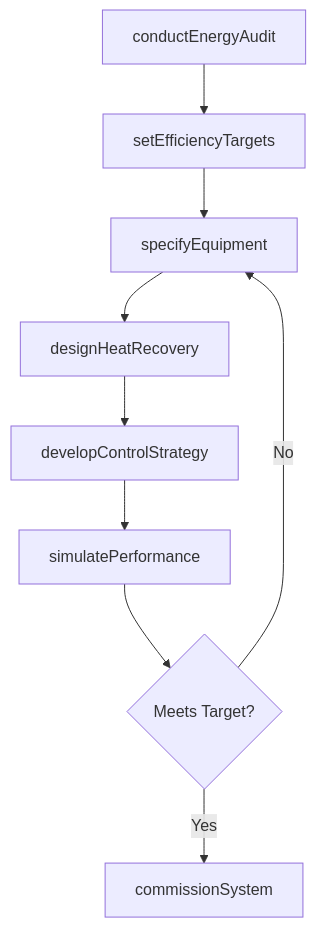
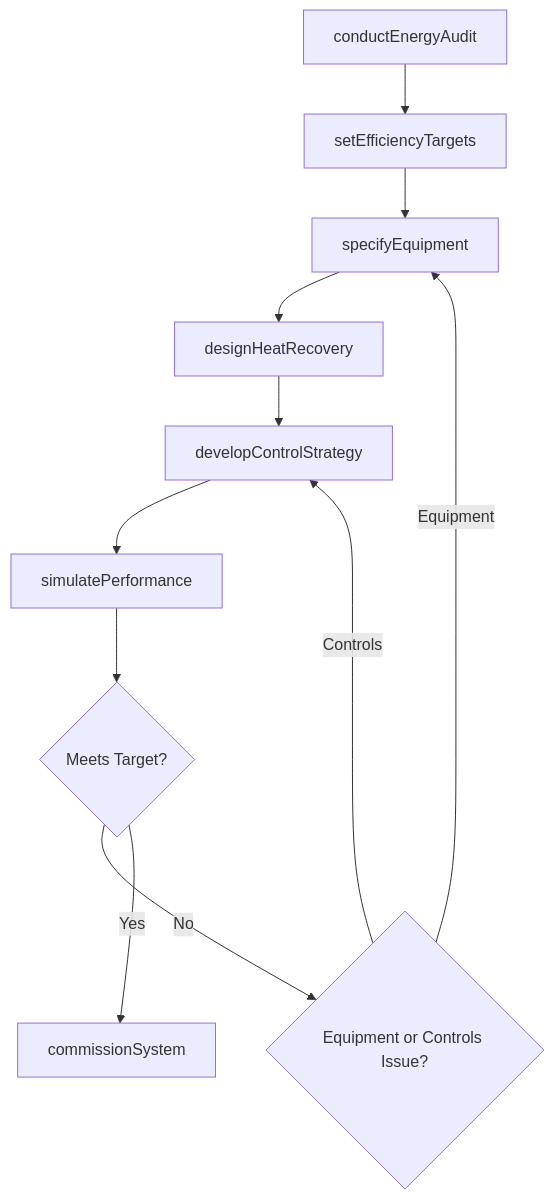
Before and after one commit to dot-org-ai/tasks.org.ai: the third of 4 diagrams in ThinkingCreatively/DevelopSystemsOrPracticesToMitigateOrResolveEnvironmentalProblems/DesignEnergy-efficientEquipmentSystems.mdx, drawn with Mermaid. The commit also changed other lines of this file and 266 other files, not shown here.

First line of the commit message:
feat: Add ER diagrams, state diagrams to wave 2 batch (251 DWA files)

````diff
--- a/ThinkingCreatively/DevelopSystemsOrPracticesToMitigateOrResolveEnvironmentalProblems/DesignEnergy-efficientEquipmentSystems.mdx
+++ b/ThinkingCreatively/DevelopSystemsOrPracticesToMitigateOrResolveEnvironmentalProblems/DesignEnergy-efficientEquipmentSystems.mdx
@@ -87,11 +114,13 @@
 ```mermaid
 graph TD
     A[conductEnergyAudit] --> B[setEfficiencyTargets]
     B --> C[specifyEquipment]
     C --> D[designHeatRecovery]
     D --> E[developControlStrategy]
     E --> F[simulatePerformance]
     F --> G{Meets Target?}
-    G -->|No| C
-    G -->|Yes| H[commissionSystem]
+    G -->|No| H{Equipment or Controls Issue?}
+    H -->|Equipment| C
+    H -->|Controls| E
+    G -->|Yes| I[commissionSystem]
 ```
````
